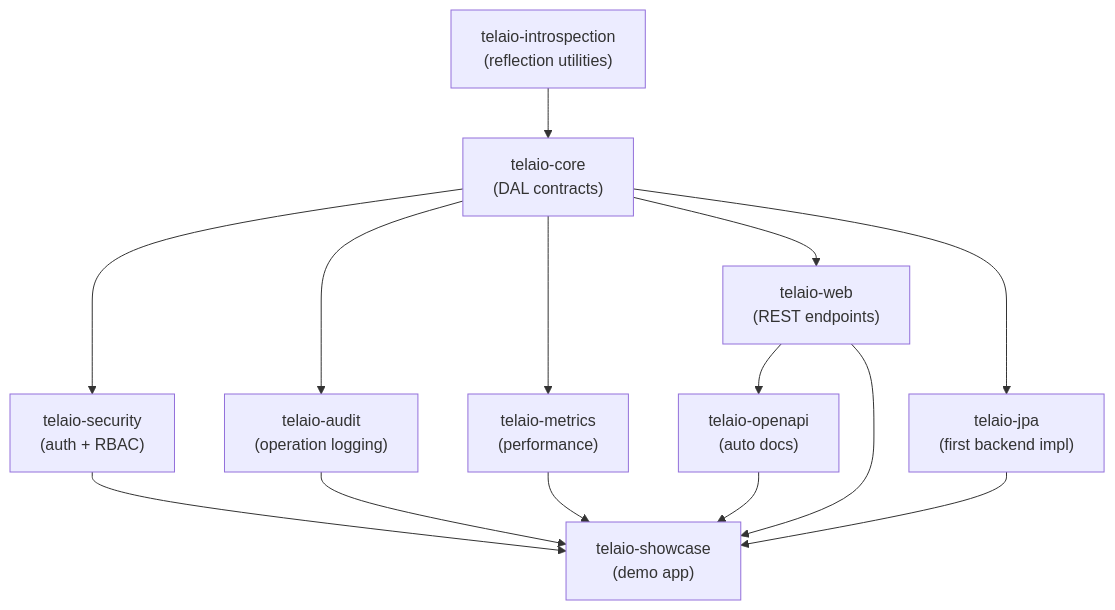
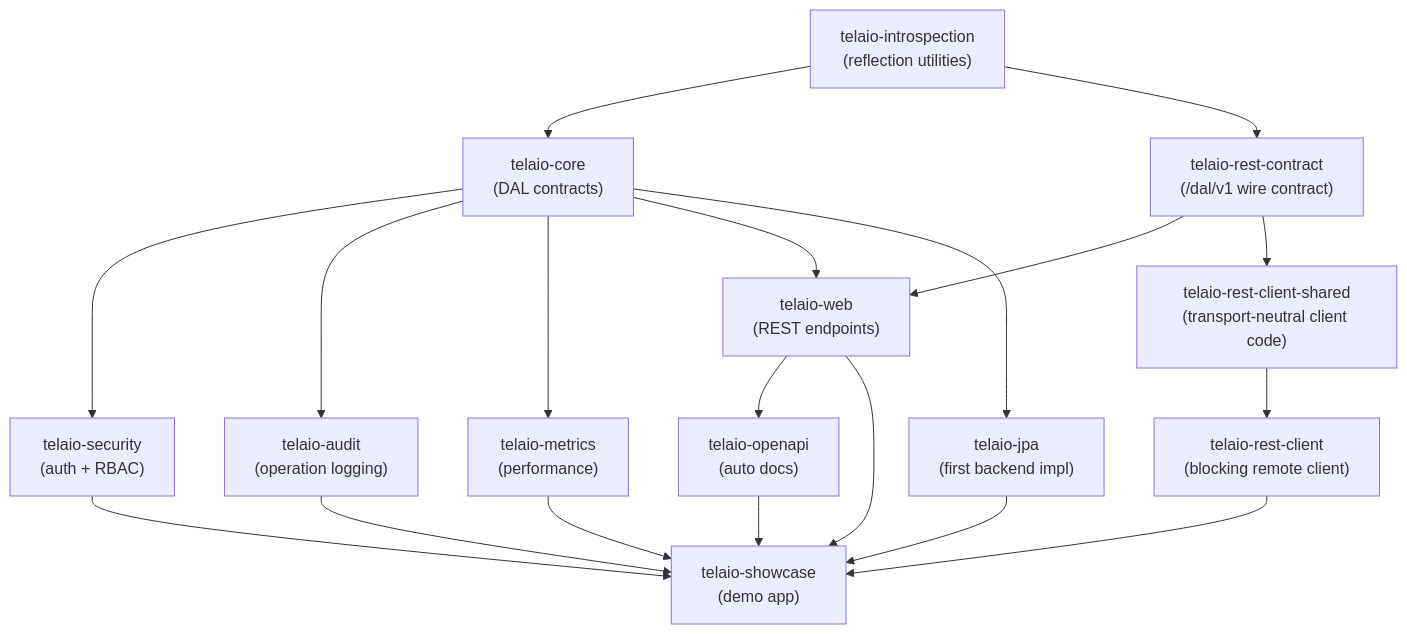
The first of 8 diagrams in docs/architecture.md (marcopag90/telaio), drawn with Mermaid before and after one commit. The commit also changed other lines of this file and 1 other file, not shown here.

First line of the commit message:
docs(architecture): add the wire-contract and rest-client layers to the module graph

````diff
--- a/docs/architecture.md
+++ b/docs/architecture.md
@@ -30,17 +35,22 @@
 ```mermaid
 graph TD
     A["telaio-introspection<br/>(reflection utilities)"]
     A --> B["telaio-core<br/>(DAL contracts)"]
+    A --> R["telaio-rest-contract<br/>(/dal/v1 wire contract)"]
     B --> C["telaio-security<br/>(auth + RBAC)"]
     B --> D["telaio-audit<br/>(operation logging)"]
     B --> E["telaio-metrics<br/>(performance)"]
     B --> F["telaio-web<br/>(REST endpoints)"]
+    R --> F
+    R --> S["telaio-rest-client-shared<br/>(transport-neutral client code)"]
+    S --> T["telaio-rest-client<br/>(blocking remote client)"]
     B --> G["telaio-jpa<br/>(first backend impl)"]
     F --> H["telaio-openapi<br/>(auto docs)"]
     C --> I["telaio-showcase<br/>(demo app)"]
     D --> I
     E --> I
     F --> I
     G --> I
     H --> I
+    T --> I
 ```
````
